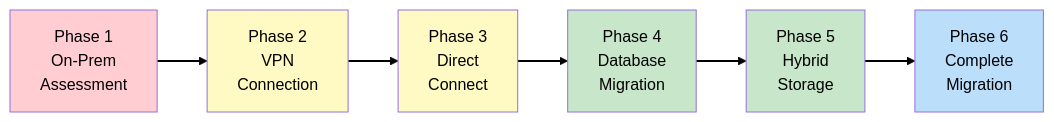
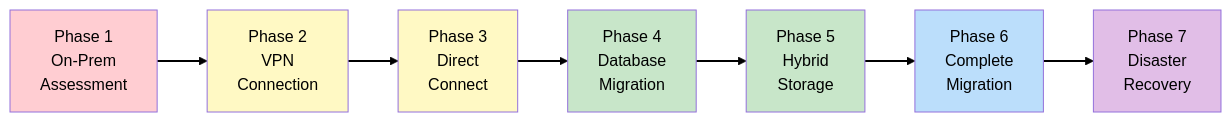
Before and after one commit to benjaminhonorio/aws-architecting: the diagram in docs/scenarios/shipfast/00-overview.md, drawn with Mermaid. The commit also changed other lines of this file and 7 other files, not shown here.

````diff
--- a/docs/scenarios/shipfast/00-overview.md
+++ b/docs/scenarios/shipfast/00-overview.md
@@ -42,16 +44,18 @@
 ```mermaid
 flowchart LR
     P1["Phase 1<br>On-Prem<br>Assessment"] --> P2["Phase 2<br>VPN<br>Connection"]
     P2 --> P3["Phase 3<br>Direct<br>Connect"]
     P3 --> P4["Phase 4<br>Database<br>Migration"]
     P4 --> P5["Phase 5<br>Hybrid<br>Storage"]
     P5 --> P6["Phase 6<br>Complete<br>Migration"]
+    P6 --> P7["Phase 7<br>Disaster<br>Recovery"]
 
     style P1 fill:#ffcdd2,color:#000
     style P2 fill:#fff9c4,color:#000
     style P3 fill:#fff9c4,color:#000
     style P4 fill:#c8e6c9,color:#000
     style P5 fill:#c8e6c9,color:#000
     style P6 fill:#bbdefb,color:#000
+    style P7 fill:#e1bee7,color:#000
     linkStyle default stroke:#000,stroke-width:2px
 ```
````
